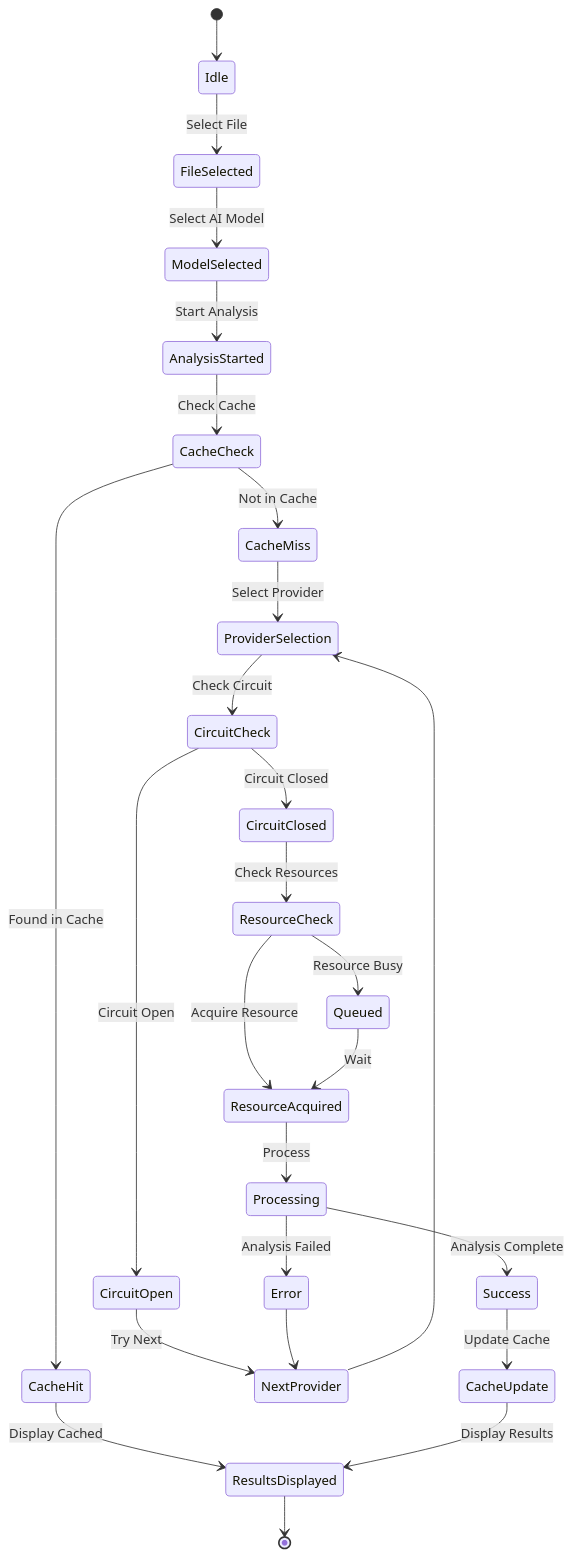
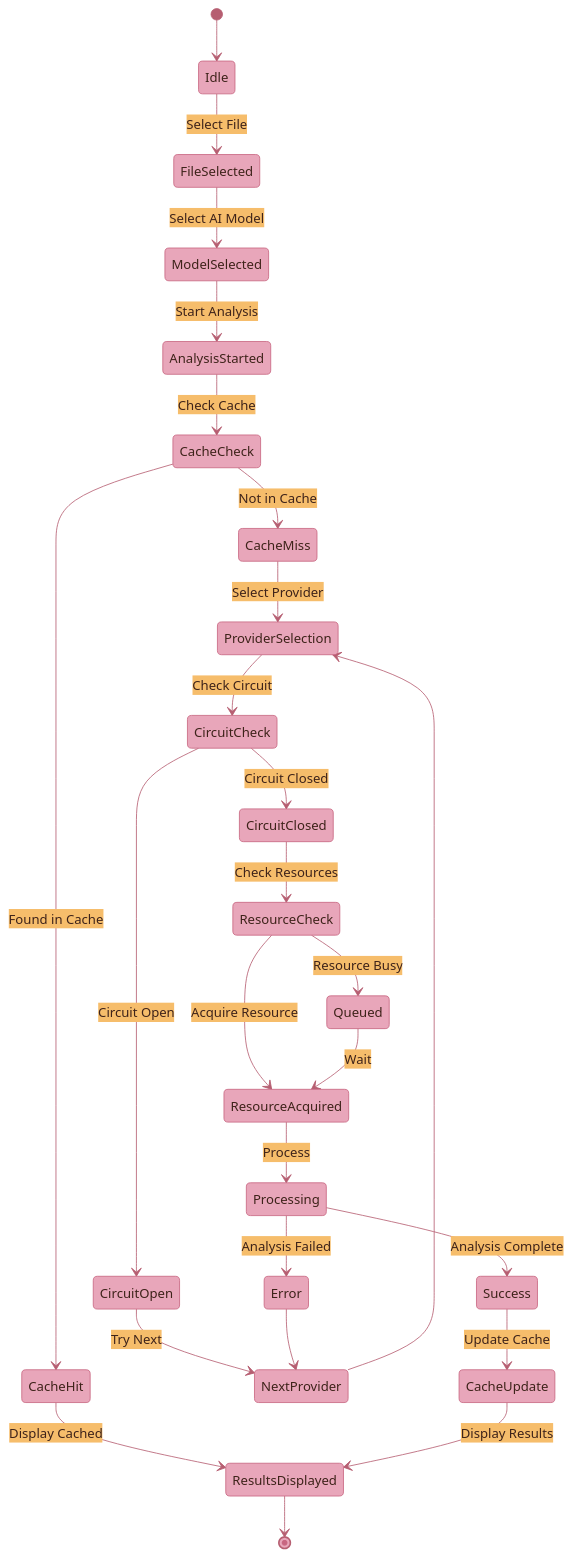
Before and after one commit to radicalkjax/Athena: the ninth of 24 diagrams in docs/ARCHITECTURE.md, drawn with Mermaid. The commit also changed other lines of this file and 5 other files, not shown here.

````diff
--- a/docs/ARCHITECTURE.md
+++ b/docs/ARCHITECTURE.md
@@ -364,40 +510,70 @@
 ```mermaid
+%%{init: {
+  'theme': 'base',
+  'themeVariables': {
+    'primaryColor': '#E8A6BA',
+    'primaryTextColor': '#3E231A',
+    'primaryBorderColor': '#C86681',
+    'lineColor': '#B65E71',
+    'secondaryColor': '#F6BD6B',
+    'tertiaryColor': '#D58C61',
+    'background': '#FFFFFF',
+    'mainBkg': '#E8A6BA',
+    'secondBkg': '#F6BD6B',
+    'tertiaryBkg': '#D58C61',
+    'textColor': '#3E231A',
+    'fontFamily': 'Arial, sans-serif'
+  }
+}}%%
+%%{init: {
+  'state': {
+    'dividerMargin': 10,
+    'sizeUnit': 5,
+    'padding': 8,
+    'textHeight': 10,
+    'titleShift': -15,
+    'noteMargin': 10,
+    'forkWidth': 70,
+    'forkHeight': 7,
+    'miniPadding': 2
+  }
+}}%%
 stateDiagram-v2
     [*] --> Idle
     
     Idle --> FileSelected: Select File
     FileSelected --> ModelSelected: Select AI Model
     ModelSelected --> AnalysisStarted: Start Analysis
     
     AnalysisStarted --> CacheCheck: Check Cache
     CacheCheck --> CacheHit: Found in Cache
     CacheCheck --> CacheMiss: Not in Cache
     
     CacheHit --> ResultsDisplayed: Display Cached
     
     CacheMiss --> ProviderSelection: Select Provider
     ProviderSelection --> CircuitCheck: Check Circuit
     
     CircuitCheck --> CircuitOpen: Circuit Open
     CircuitCheck --> CircuitClosed: Circuit Closed
     
     CircuitOpen --> NextProvider: Try Next
     NextProvider --> ProviderSelection
     
     CircuitClosed --> ResourceCheck: Check Resources
     ResourceCheck --> ResourceAcquired: Acquire Resource
     ResourceCheck --> Queued: Resource Busy
     
     Queued --> ResourceAcquired: Wait
     ResourceAcquired --> Processing: Process
     
     Processing --> Success: Analysis Complete
     Processing --> Error: Analysis Failed
     
     Success --> CacheUpdate: Update Cache
     CacheUpdate --> ResultsDisplayed: Display Results
     
     Error --> NextProvider
     
     ResultsDisplayed --> [*]
 ```
````
